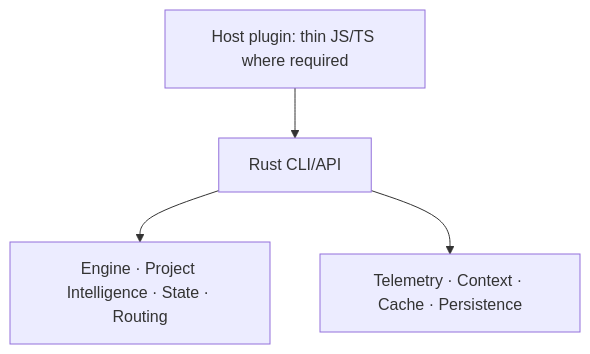
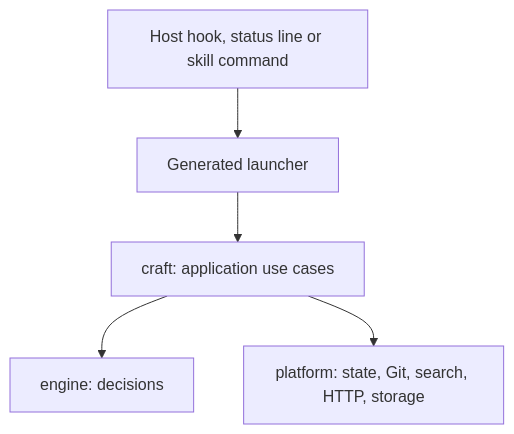
Before and after one commit to Aliaksie/engineering-pack: the diagram in docs/adr/0001-rust-core-runtime.md, drawn with Mermaid. The commit also changed other lines of this file and 32 other files, not shown here.

````diff
--- a/docs/adr/0001-rust-core-runtime.md
+++ b/docs/adr/0001-rust-core-runtime.md
@@ -27,6 +27,7 @@
 ```mermaid
 flowchart TD
-    HOST[Host plugin: thin JS/TS where required] --> API[Rust CLI/API]
-    API --> CORE[Engine · Project Intelligence · State · Routing]
-    API --> RUNTIME[Telemetry · Context · Cache · Persistence]
+    HOST[Host hook, status line or skill command] --> LAUNCH[Generated launcher]
+    LAUNCH --> CRAFT[craft: application use cases]
+    CRAFT --> ENGINE[engine: decisions]
+    CRAFT --> PLATFORM[platform: state, Git, search, HTTP, storage]
 ```
````
